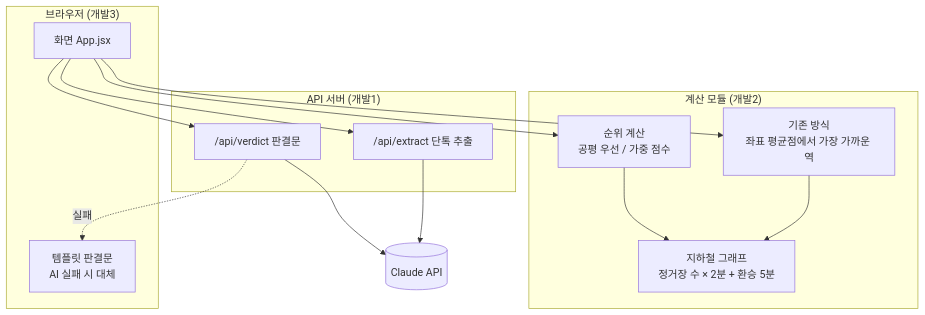
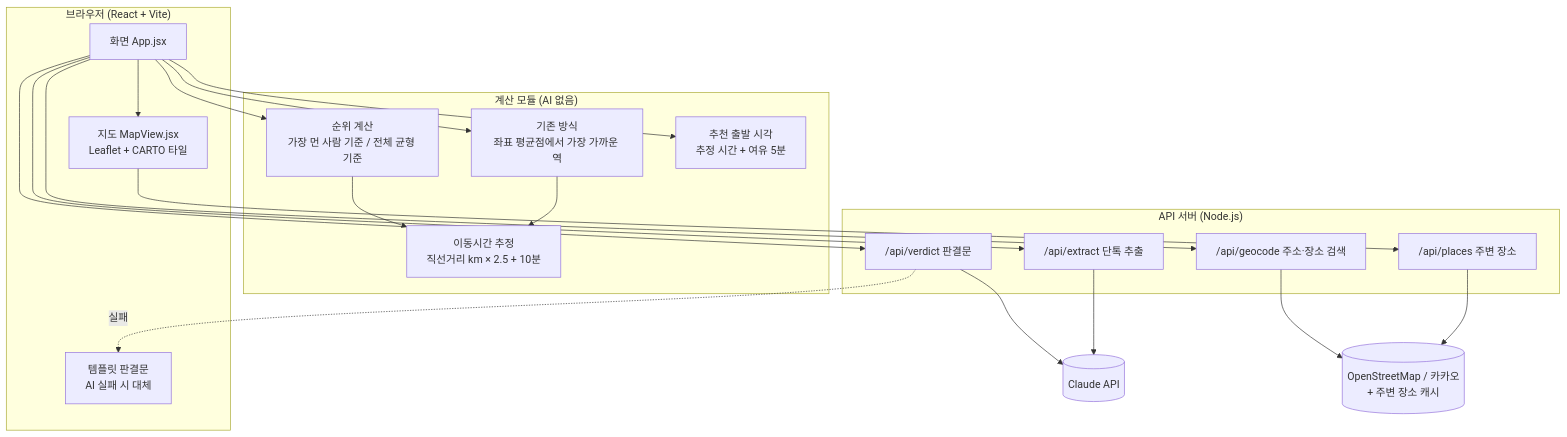
Before and after one commit to 202207048/AWS: the second of 3 diagrams in OVERVIEW.md, drawn with Mermaid. The commit also changed other lines of this file and 3 other files, not shown here.

````diff
--- a/OVERVIEW.md
+++ b/OVERVIEW.md
@@ -30,26 +43,37 @@
 ```mermaid
 flowchart TB
-    subgraph 브라우저["브라우저 (개발3)"]
+    subgraph 브라우저["브라우저 (React + Vite)"]
         UI[화면 App.jsx]
         T[템플릿 판결문<br/>AI 실패 시 대체]
+        MAP[지도 MapView.jsx<br/>Leaflet + CARTO 타일]
     end
-    subgraph 계산["계산 모듈 (개발2)"]
-        G[지하철 그래프<br/>정거장 수 × 2분 + 환승 5분]
-        R[순위 계산<br/>공평 우선 / 가중 점수]
+    subgraph 계산["계산 모듈 (AI 없음)"]
+        TT["이동시간 추정<br/>직선거리 km × 2.5 + 10분"]
+        R["순위 계산<br/>가장 먼 사람 기준 / 전체 균형 기준"]
         BL[기존 방식<br/>좌표 평균점에서 가장 가까운 역]
+        DP[추천 출발 시각<br/>추정 시간 + 여유 5분]
     end
-    subgraph 서버["API 서버 (개발1)"]
+    subgraph 서버["API 서버 (Node.js)"]
         V["/api/verdict 판결문"]
         X["/api/extract 단톡 추출"]
+        GEO["/api/geocode 주소·장소 검색"]
+        PL["/api/places 주변 장소"]
     end
     C[(Claude API)]
+    OSM[("OpenStreetMap / 카카오<br/>+ 주변 장소 캐시")]
+    UI --> MAP
     UI --> R
     UI --> BL
-    R --> G
-    BL --> G
+    UI --> DP
+    R --> TT
+    BL --> TT
     UI --> V
     UI --> X
+    UI --> GEO
+    MAP --> PL
     V --> C
     X --> C
+    GEO --> OSM
+    PL --> OSM
     V -. 실패 .-> T
 ```
````
